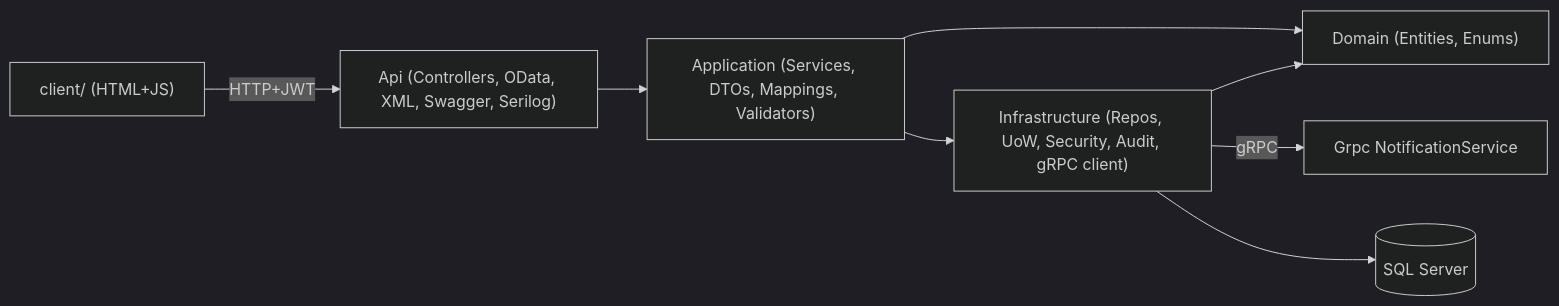
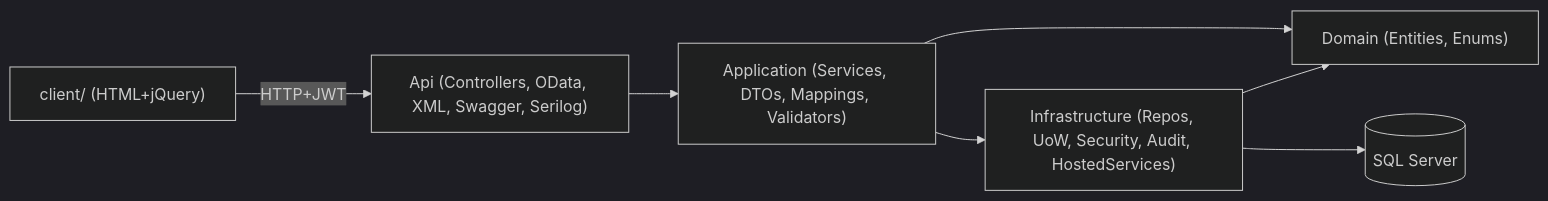
The third of 3 diagrams in docs/PROJECT_DOCUMENTATION.md (lephuonglinga/Equipment-Borrowing-Management-System), drawn with Mermaid (dark theme) before and after one commit. The commit also changed other lines of this file and 65 other files, not shown here.

````diff
--- a/docs/PROJECT_DOCUMENTATION.md
+++ b/docs/PROJECT_DOCUMENTATION.md
@@ -91,10 +121,9 @@
 ```mermaid
 flowchart LR
-  Client["client/ (HTML+JS)"] -->|HTTP+JWT| Api
+  Client["client/ (HTML+jQuery)"] -->|HTTP+JWT| Api
   Api["Api (Controllers, OData, XML, Swagger, Serilog)"] --> App["Application (Services, DTOs, Mappings, Validators)"]
-  App --> Infra["Infrastructure (Repos, UoW, Security, Audit, gRPC client)"]
+  App --> Infra["Infrastructure (Repos, UoW, Security, Audit, HostedServices)"]
   App --> Domain["Domain (Entities, Enums)"]
   Infra --> Domain
-  Infra -->|gRPC| Grpc["Grpc NotificationService"]
   Infra --> Db[("SQL Server")]
 ```
````
